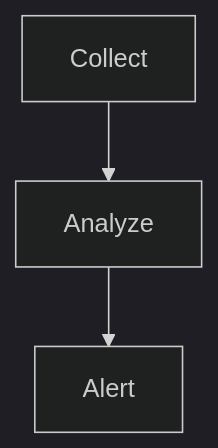
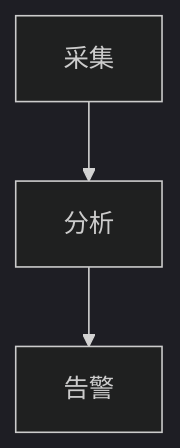
Before and after one commit to white-hubs/cube-ai-project: the diagram in descriptors/skills/chart-output/SKILL.md, drawn with Mermaid (dark theme). The commit also changed other lines of this file and 11 other files, not shown here.

````diff
--- a/descriptors/skills/chart-output/SKILL.md
+++ b/descriptors/skills/chart-output/SKILL.md
@@ -80,5 +86,5 @@
 ```mermaid
 flowchart TD
-  A[Collect] --> B[Analyze]
-  B --> C[Alert]
+  A[采集] --> B[分析]
+  B --> C[告警]
 ```
````
